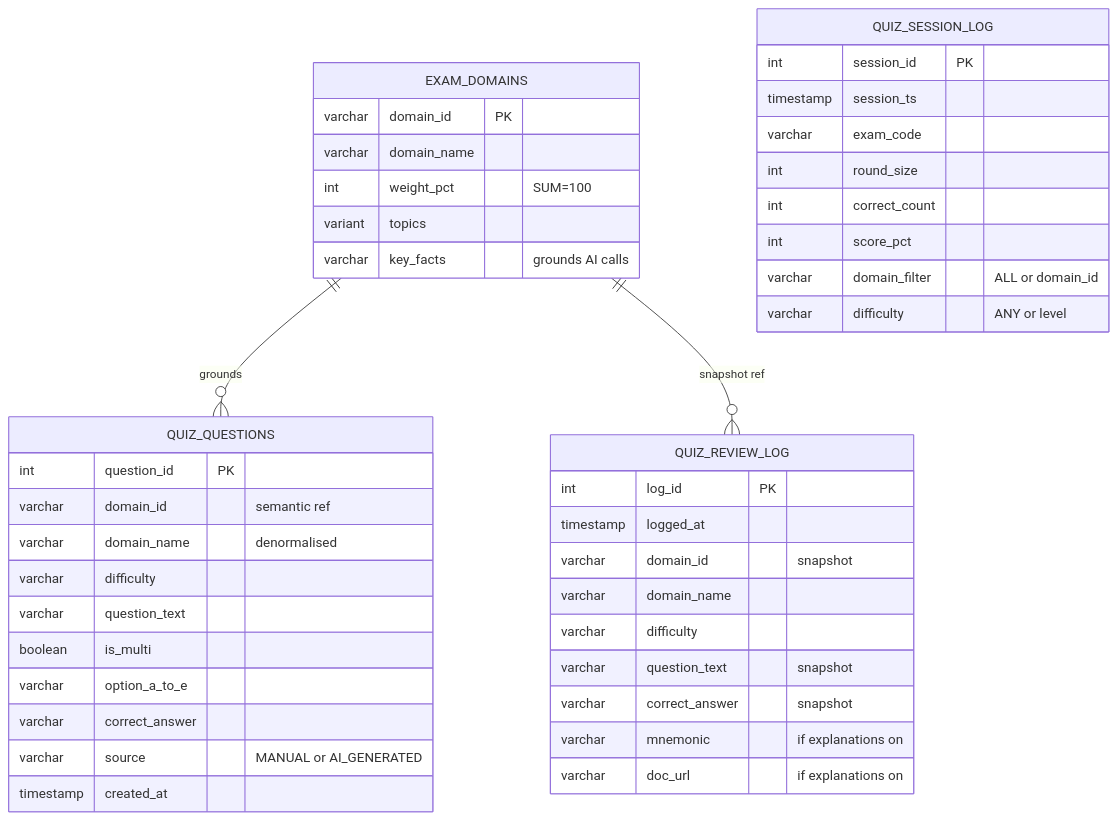
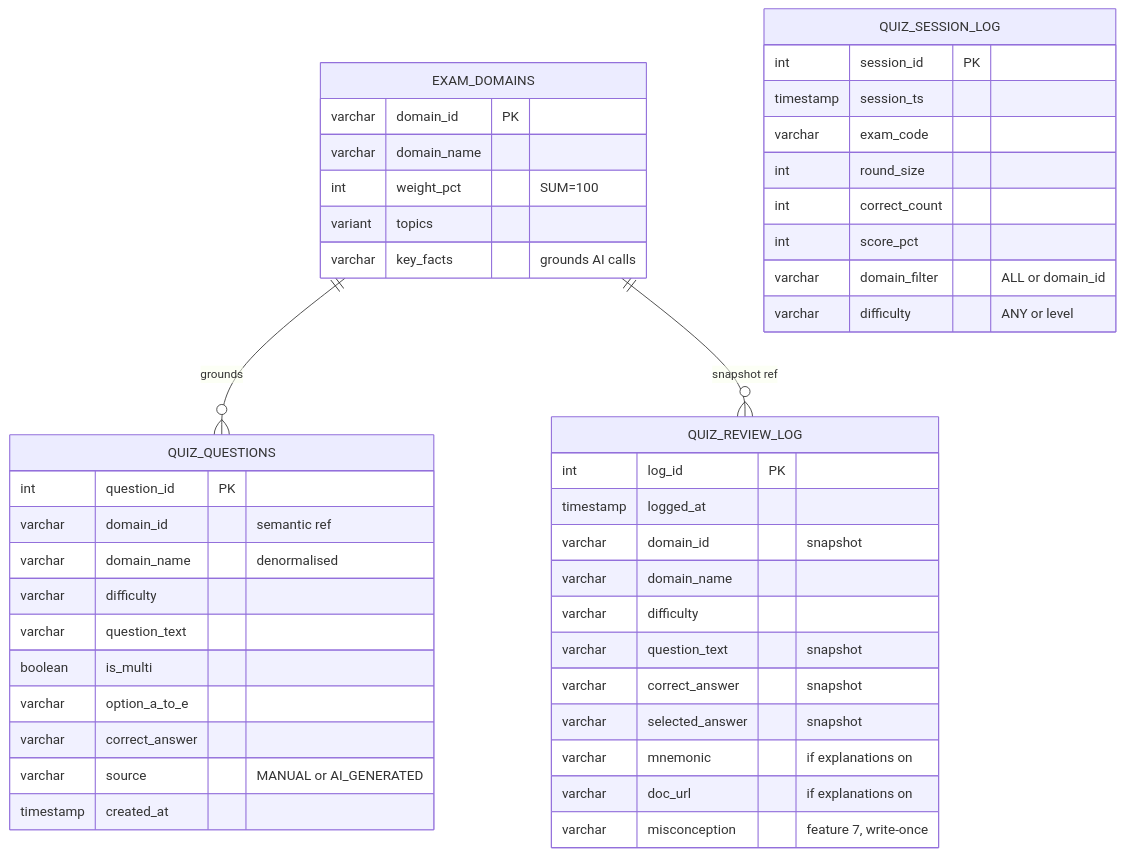
The second of 2 diagrams in docs/architecture.md (moniburnejko/coco-quiz-app), drawn with Mermaid before and after one commit. The commit also changed other lines of this file and 17 other files, not shown here.

````diff
--- a/docs/architecture.md
+++ b/docs/architecture.md
@@ -92,46 +92,48 @@
 ```mermaid
 erDiagram
     EXAM_DOMAINS {
         varchar domain_id PK
         varchar domain_name
         int weight_pct "SUM=100"
         variant topics
         varchar key_facts "grounds AI calls"
     }
     QUIZ_QUESTIONS {
         int question_id PK
         varchar domain_id "semantic ref"
         varchar domain_name "denormalised"
         varchar difficulty
         varchar question_text
         boolean is_multi
         varchar option_a_to_e
         varchar correct_answer
         varchar source "MANUAL or AI_GENERATED"
         timestamp created_at
     }
     QUIZ_REVIEW_LOG {
         int log_id PK
         timestamp logged_at
         varchar domain_id "snapshot"
         varchar domain_name
         varchar difficulty
         varchar question_text "snapshot"
         varchar correct_answer "snapshot"
+        varchar selected_answer "snapshot"
         varchar mnemonic "if explanations on"
         varchar doc_url "if explanations on"
+        varchar misconception "feature 7, write-once"
     }
     QUIZ_SESSION_LOG {
         int session_id PK
         timestamp session_ts
         varchar exam_code
         int round_size
         int correct_count
         int score_pct
         varchar domain_filter "ALL or domain_id"
         varchar difficulty "ANY or level"
     }
 
     EXAM_DOMAINS ||--o{ QUIZ_QUESTIONS : "grounds"
     EXAM_DOMAINS ||--o{ QUIZ_REVIEW_LOG : "snapshot ref"
 ```
````
